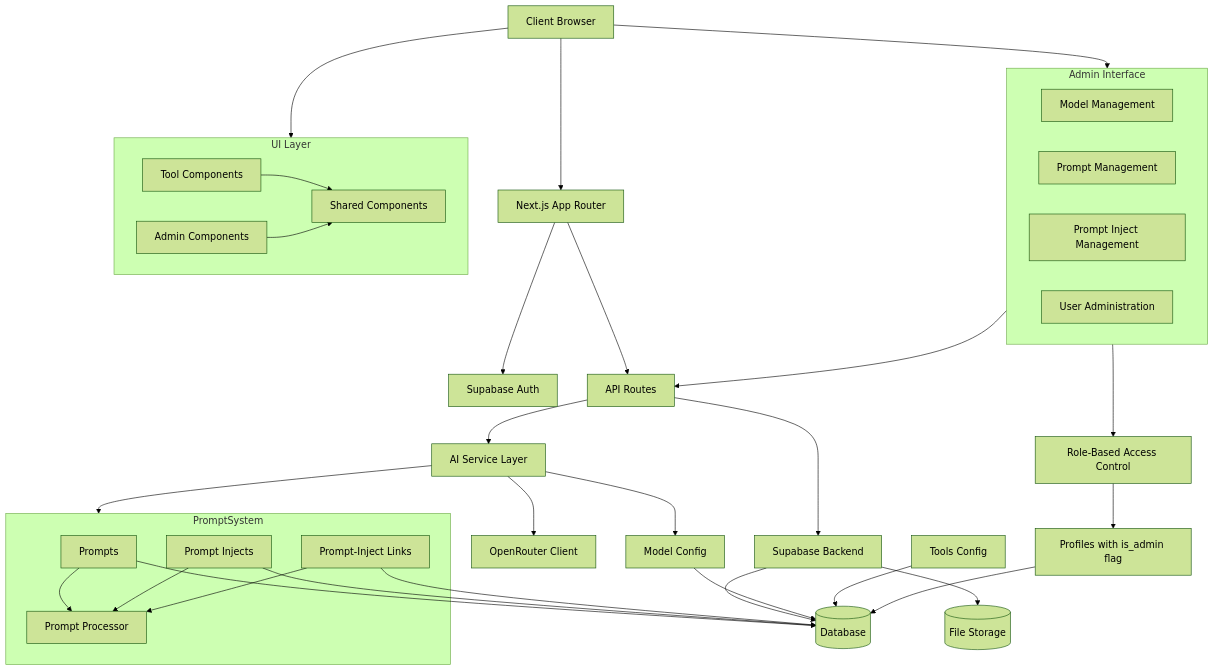
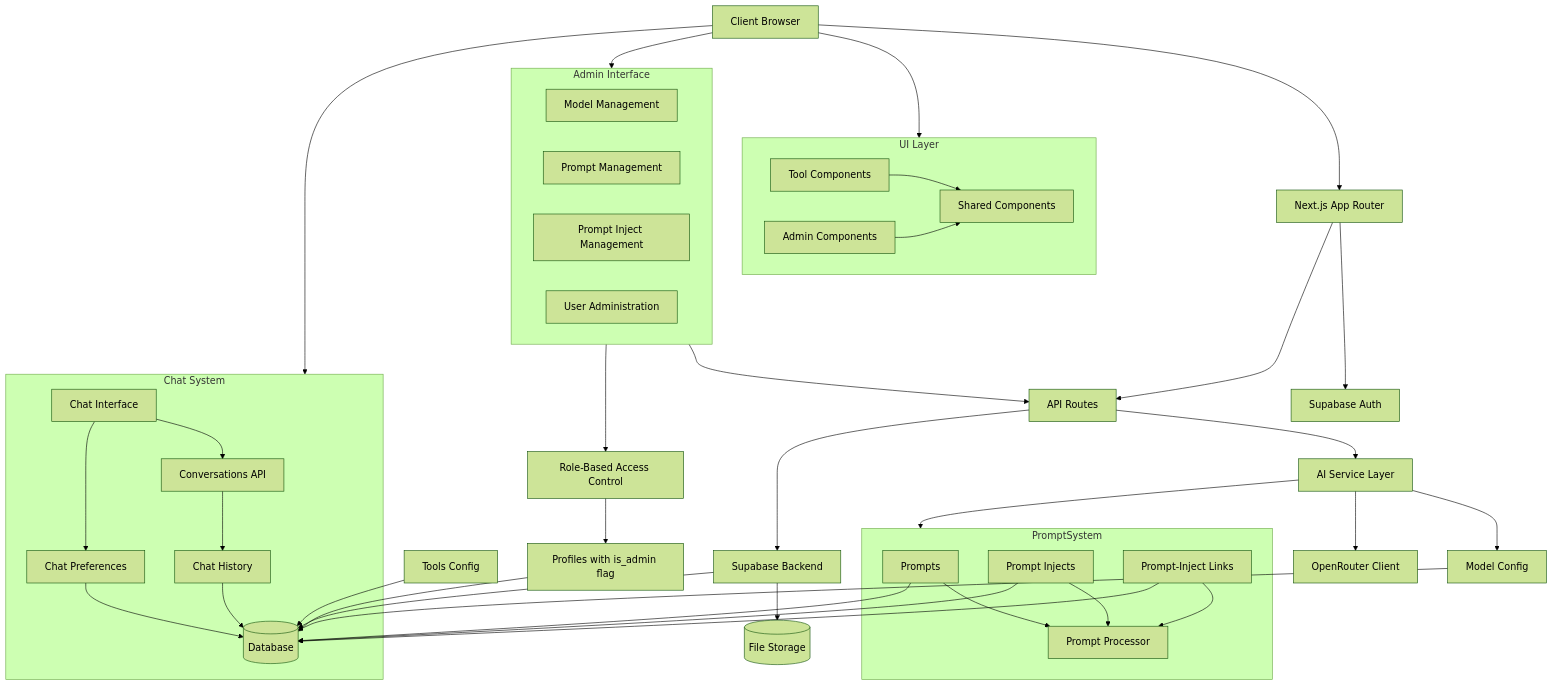
One commit to troyharris/snowsparrow changed the diagram in cline_docs/systemPatterns.md. Above: the diagram before and after it, drawn with Mermaid (forest theme). The commit also changed other lines of this file and 11 other files, not shown here.

````diff
--- a/cline_docs/systemPatterns.md
+++ b/cline_docs/systemPatterns.md
@@ -5,53 +5,67 @@
 ```mermaid
 flowchart TD
     Client[Client Browser] --> Next[Next.js App Router]
     Next --> Auth[Supabase Auth]
     Next --> API[API Routes]
     API --> AIService[AI Service Layer]
     AIService --> Models[Model Config]
     AIService --> PromptSystem[Prompt System]
     AIService --> OpenRouter[OpenRouter Client]
     API --> Supabase[Supabase Backend]
     Supabase --> DB[(Database)]
     Supabase --> Storage[(File Storage)]
     Models --> DB
     Tools[Tools Config] --> DB
+    
+    subgraph ChatSystem[Chat System]
+        ChatInterface[Chat Interface]
+        ConversationsAPI[Conversations API]
+        ChatHistory[Chat History]
+        ChatPreferences[Chat Preferences]
+        
+        ChatInterface --> ConversationsAPI
+        ConversationsAPI --> ChatHistory
+        ChatInterface --> ChatPreferences
+        ChatHistory --> DB
+        ChatPreferences --> DB
+    end
     
     subgraph PromptSystem
         Prompts[Prompts]
         PromptInjects[Prompt Injects]
         PromptLinks[Prompt-Inject Links]
         PromptProcessor[Prompt Processor]
         
         Prompts --> PromptProcessor
         PromptInjects --> PromptProcessor
         PromptLinks --> PromptProcessor
     end
     
     Prompts --> DB
     PromptInjects --> DB
     PromptLinks --> DB
 
     subgraph Admin[Admin Interface]
         ModelAdmin[Model Management]
         PromptAdmin[Prompt Management]
         InjectAdmin[Prompt Inject Management]
         UserAdmin[User Administration]
     end
 
     Admin --> API
     Admin --> RBAC[Role-Based Access Control]
     RBAC --> Profiles[Profiles with is_admin flag]
     Profiles --> DB
 
     subgraph UI[UI Layer]
         SharedComponents[Shared Components]
         ToolComponents[Tool Components]
         AdminComponents[Admin Components]
         ToolComponents --> SharedComponents
         AdminComponents --> SharedComponents
     end
 
     Client --> UI
     Client --> Admin
+    Client --> ChatSystem
 ```
````
